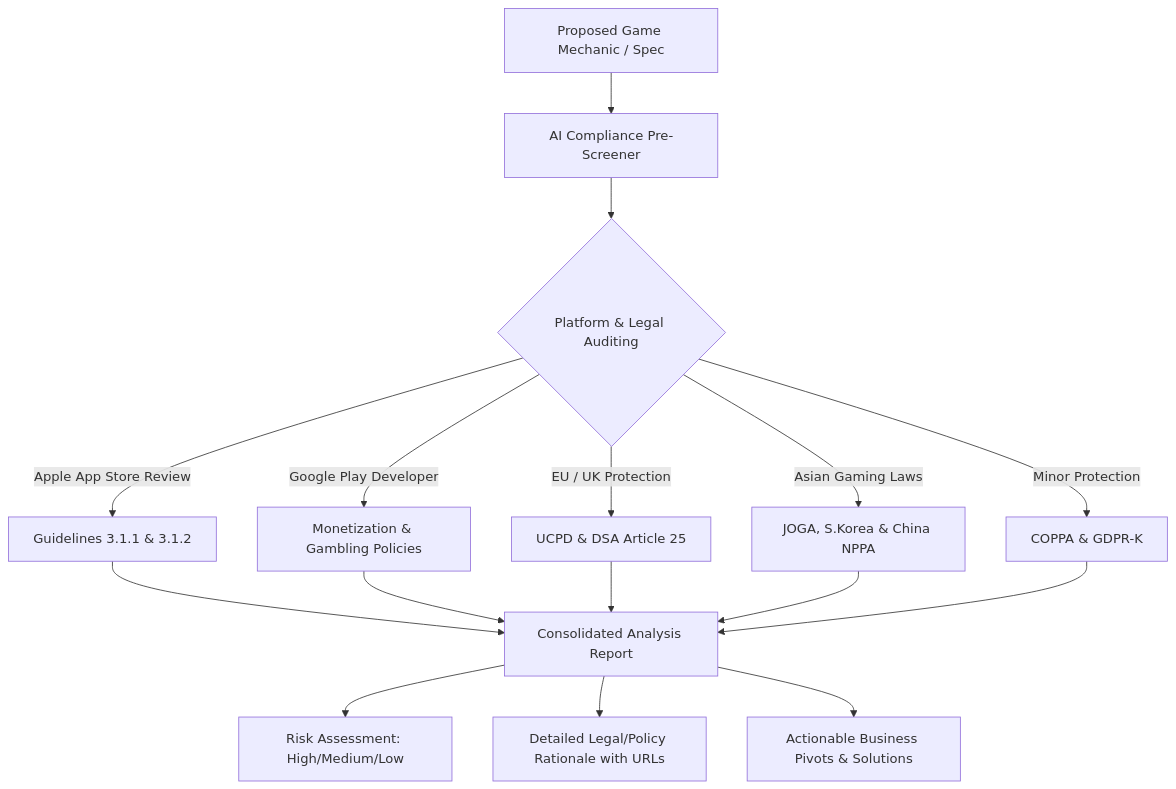
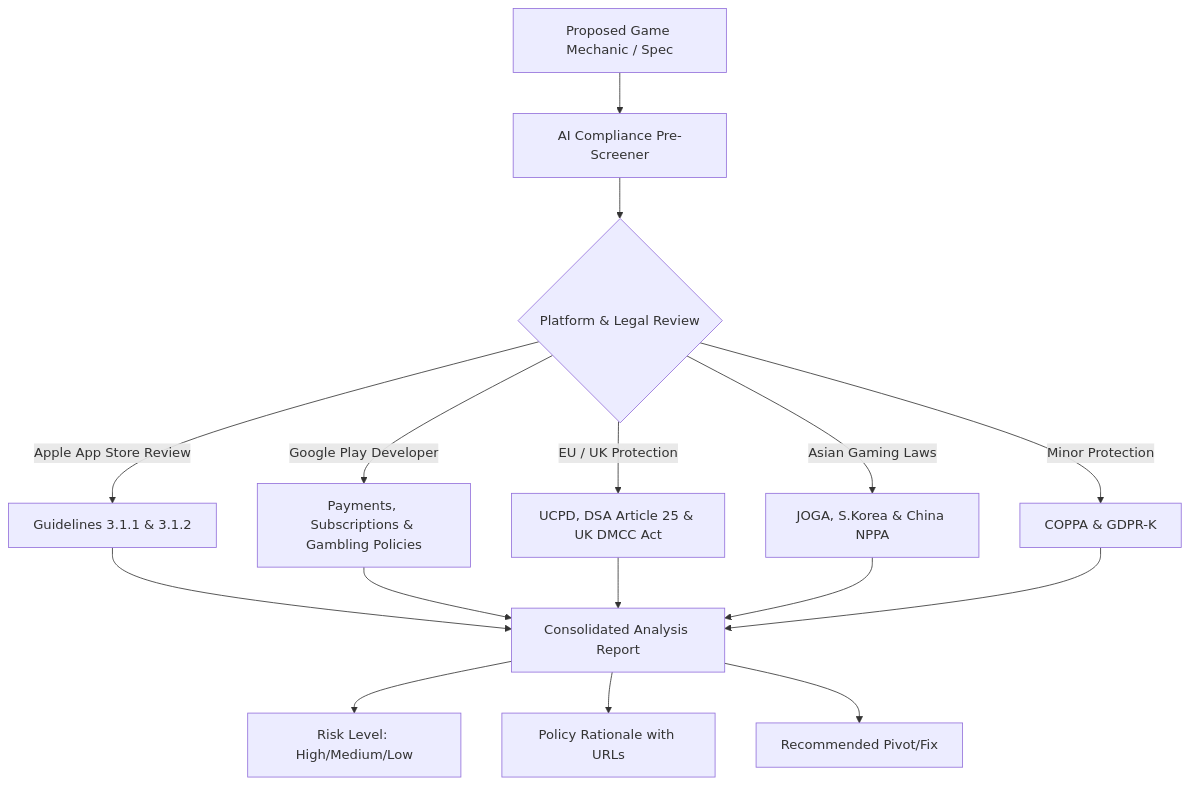
The diagram in README.md (stonedhawk/compliance-prescreener-skill), drawn with Mermaid before and after one commit. The commit also changed other lines of this file and 2 other files, not shown here.

````diff
--- a/README.md
+++ b/README.md
@@ -16,14 +16,14 @@
 ```mermaid
 graph TD
     A[Proposed Game Mechanic / Spec] --> B[AI Compliance Pre-Screener]
-    B --> C{Platform & Legal Auditing}
+    B --> C{Platform & Legal Review}
     C -->|Apple App Store Review| D[Guidelines 3.1.1 & 3.1.2]
-    C -->|Google Play Developer| E[Monetization & Gambling Policies]
-    C -->|EU / UK Protection| F[UCPD & DSA Article 25]
+    C -->|Google Play Developer| E[Payments, Subscriptions & Gambling Policies]
+    C -->|EU / UK Protection| F[UCPD, DSA Article 25 & UK DMCC Act]
     C -->|Asian Gaming Laws| G[JOGA, S.Korea & China NPPA]
     C -->|Minor Protection| H[COPPA & GDPR-K]
     D & E & F & G & H --> I[Consolidated Analysis Report]
-    I --> J[Risk Assessment: High/Medium/Low]
-    I --> K[Detailed Legal/Policy Rationale with URLs]
-    I --> L[Actionable Business Pivots & Solutions]
+    I --> J[Risk Level: High/Medium/Low]
+    I --> K[Policy Rationale with URLs]
+    I --> L[Recommended Pivot/Fix]
 ```
````
